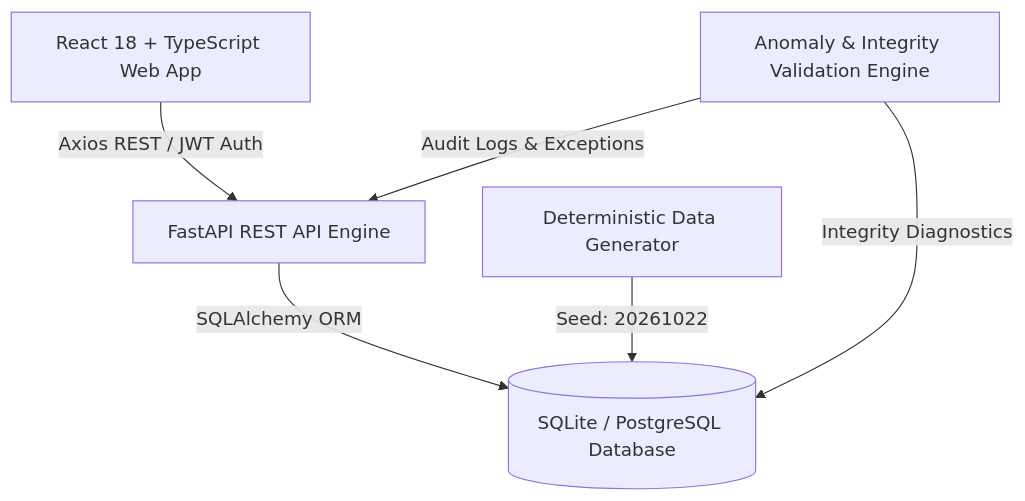
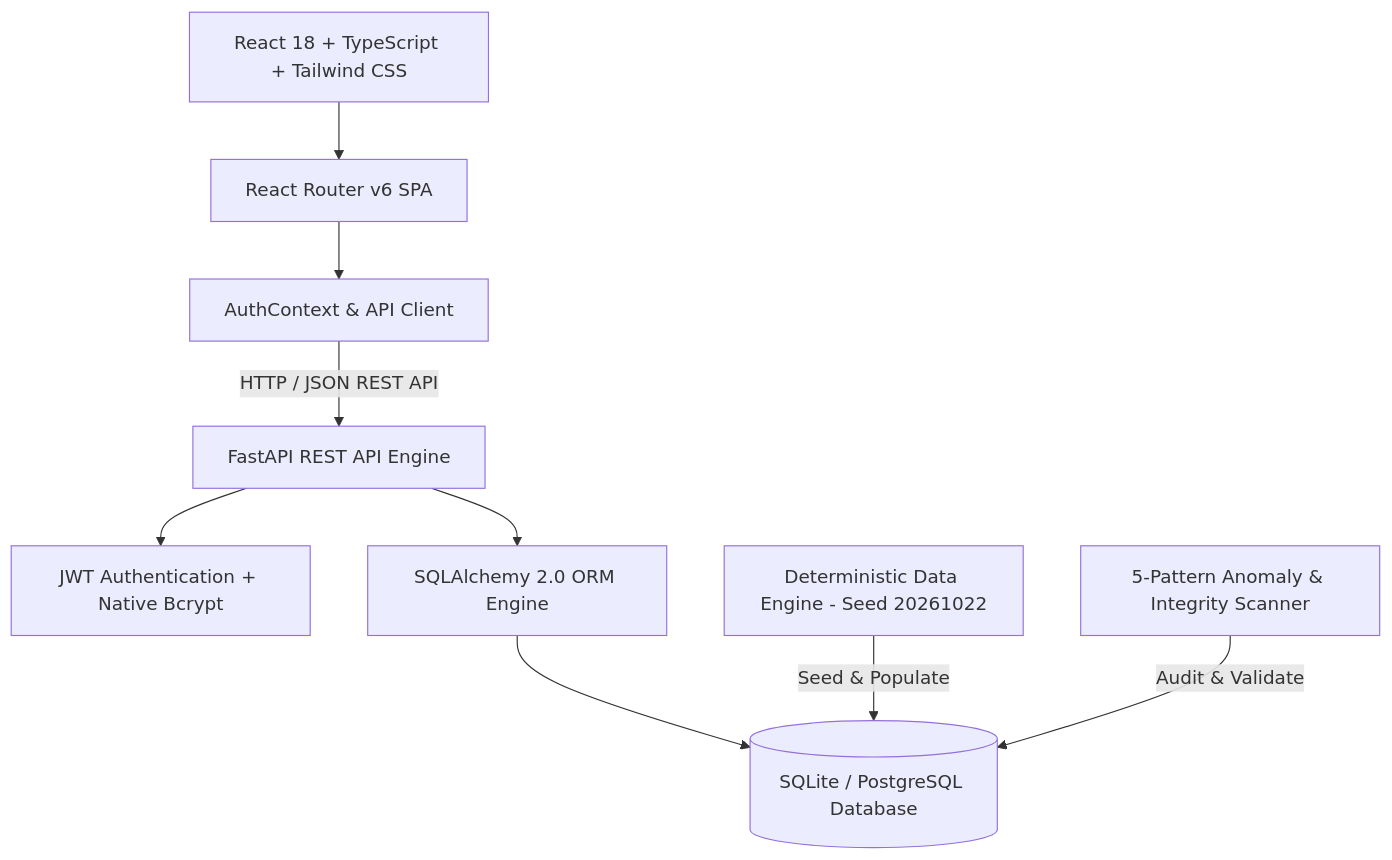
The diagram in README.md (2200030440/manufacturing-defect-traceability), drawn with Mermaid before and after one commit. The commit also changed other lines of this file and 1 other file, not shown here.

Commit message:
docs: finalize production documentation, deployment guides, and clean static SPA routing

````diff
--- a/README.md
+++ b/README.md
@@ -60,14 +87,23 @@
 ```mermaid
 graph TD
-    Client[React 18 + TypeScript Web App]
+    UI[React 18 + TypeScript + Tailwind CSS]
+    Router[React Router v6 SPA]
+    State[AuthContext & API Client]
+    
     API[FastAPI REST API Engine]
+    Security[JWT Authentication + Native Bcrypt]
+    ORM[SQLAlchemy 2.0 ORM Engine]
+    
     DB[(SQLite / PostgreSQL Database)]
-    Gen[Deterministic Data Generator]
-    Val[Anomaly & Integrity Validation Engine]
+    Engine[Deterministic Data Engine - Seed 20261022]
+    Validator[5-Pattern Anomaly & Integrity Scanner]
 
-    Client -->|Axios REST / JWT Auth| API
-    API -->|SQLAlchemy ORM| DB
-    Gen -->|Seed: 20261022| DB
-    Val -->|Integrity Diagnostics| DB
-    Val -->|Audit Logs & Exceptions| API
+    UI --> Router
+    Router --> State
+    State -->|HTTP / JSON REST API| API
+    API --> Security
+    API --> ORM
+    ORM --> DB
+    Engine -->|Seed & Populate| DB
+    Validator -->|Audit & Validate| DB
 ```
````
